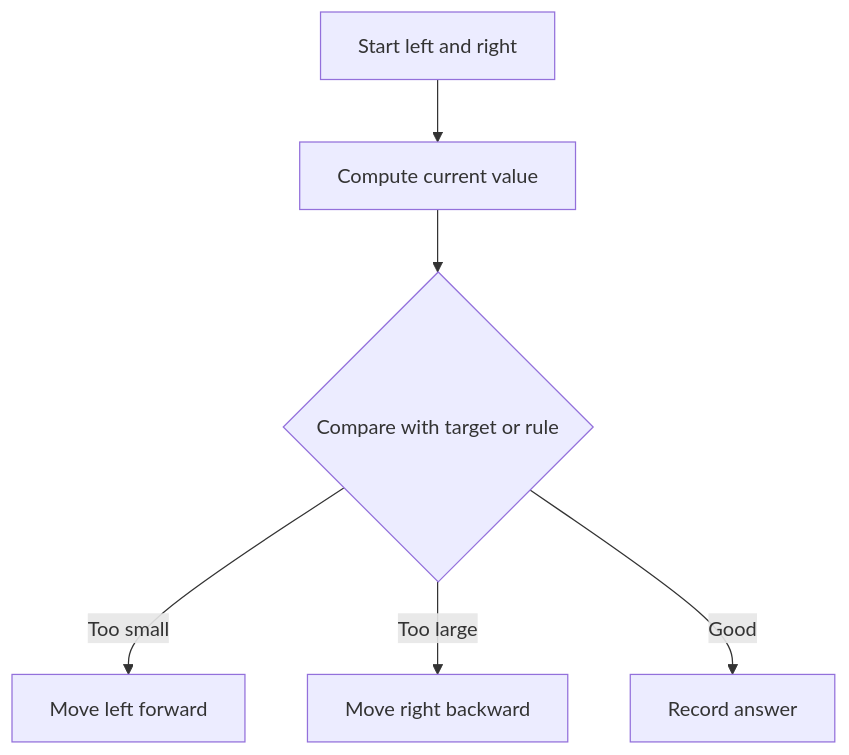
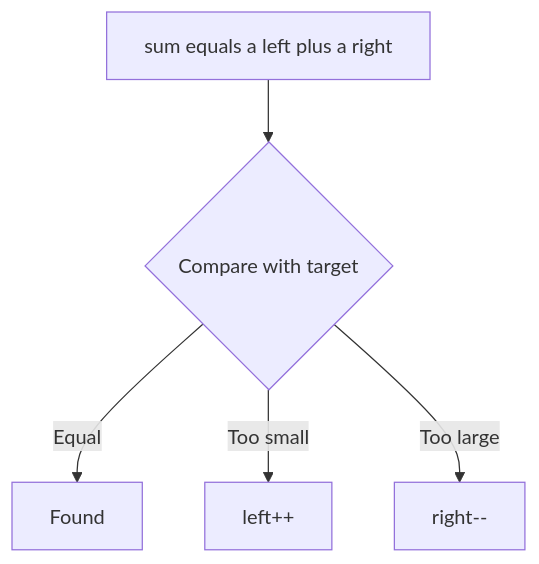
Before and after one commit to mthaiseer/springcloud-systemdesign-notes: diagram 18 of 36 in CP_DSA_NOTES/CONCEPT_FRAMEWORK_FORMS_TATICS/two_pointers_sliding_window_playbook.md, drawn with Mermaid. The commit also changed other lines of this file, not shown here.

````diff
--- a/CP_DSA_NOTES/CONCEPT_FRAMEWORK_FORMS_TATICS/two_pointers_sliding_window_playbook.md
+++ b/CP_DSA_NOTES/CONCEPT_FRAMEWORK_FORMS_TATICS/two_pointers_sliding_window_playbook.md
@@ -320,8 +485,7 @@
 ```mermaid
 flowchart TD
-    A["Start left and right"] --> B["Compute current value"]
-    B --> C{"Compare with target or rule"}
-    C -->|"Too small"| D["Move left forward"]
-    C -->|"Too large"| E["Move right backward"]
-    C -->|"Good"| F["Record answer"]
+    A["sum equals a left plus a right"] --> B{"Compare with target"}
+    B -->|"Equal"| C["Found"]
+    B -->|"Too small"| D["left++"]
+    B -->|"Too large"| E["right--"]
 ```
````
